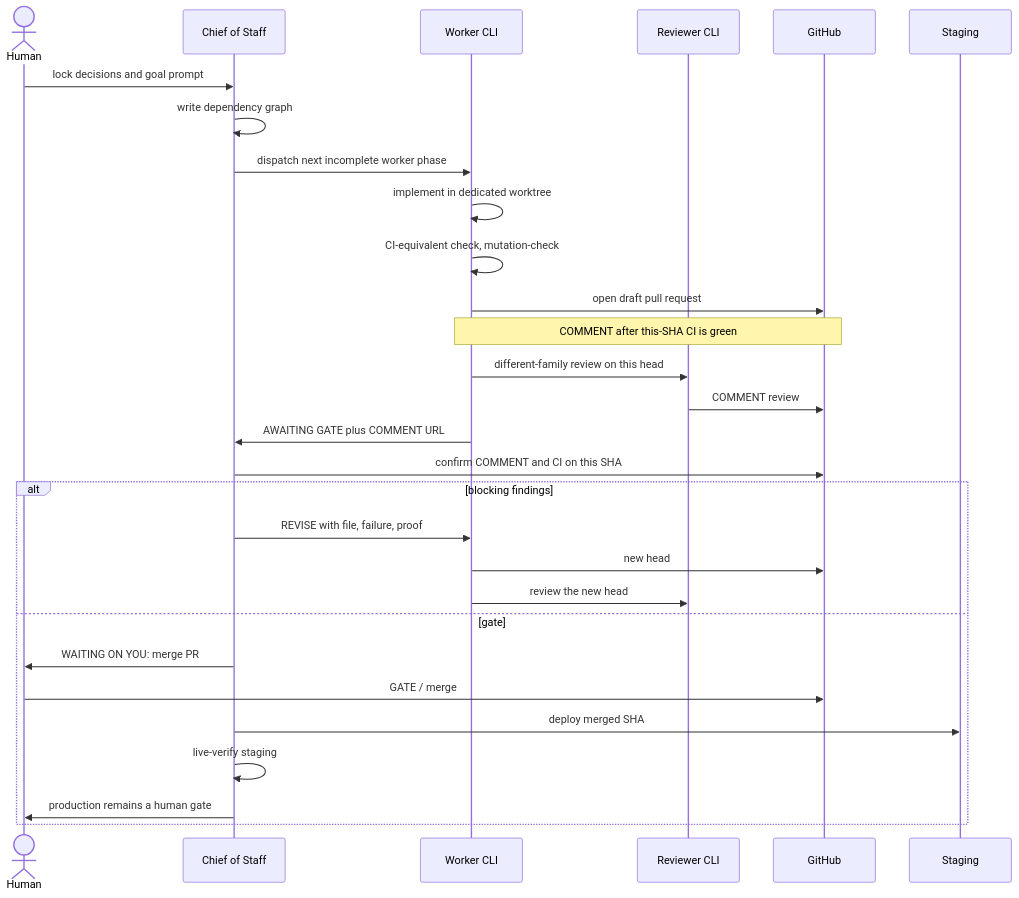
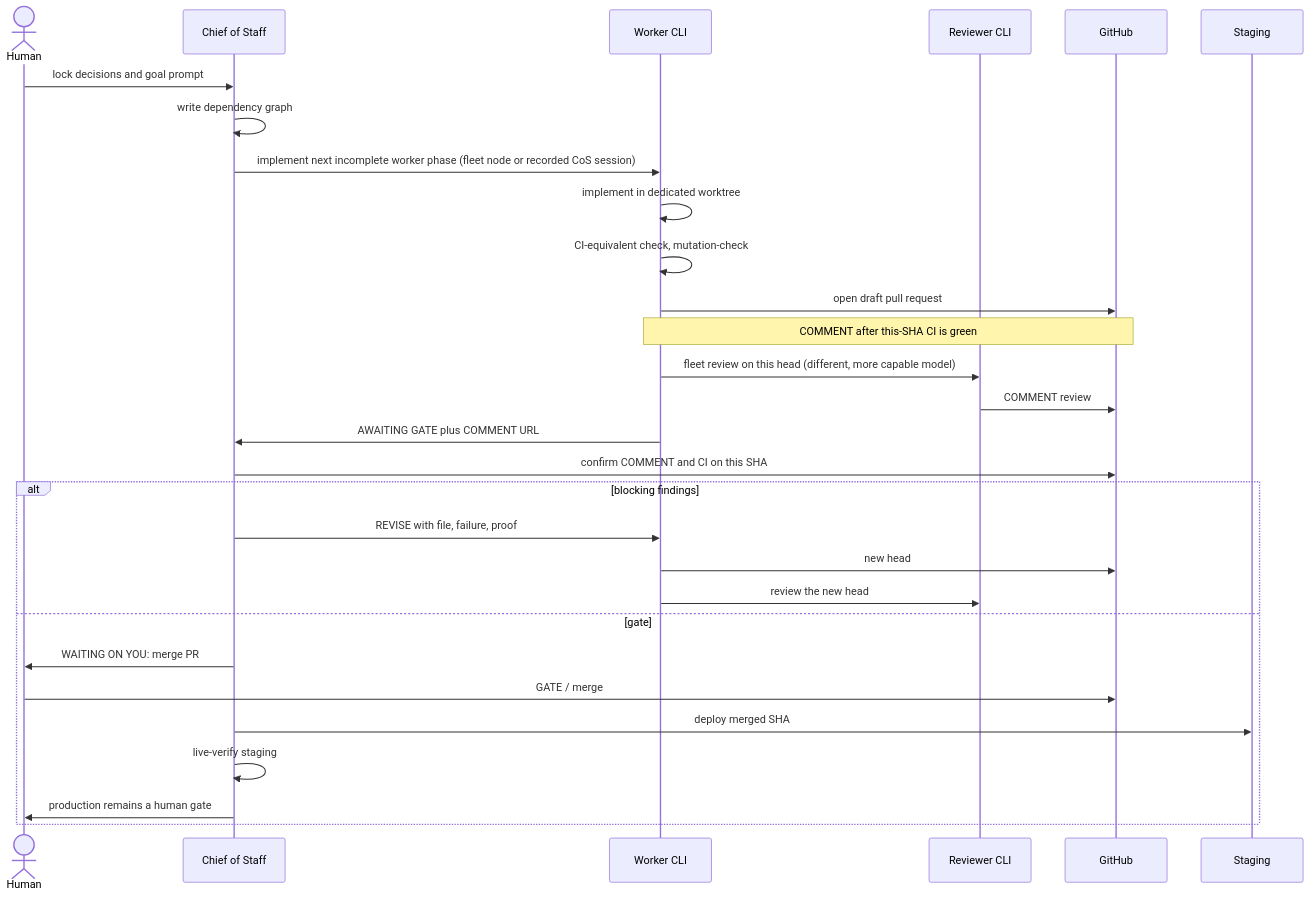
Before and after one commit to cortex-mesh/controller-playbook: the second of 2 diagrams in docs/architecture.md, drawn with Mermaid. The commit also changed other lines of this file and 23 other files, not shown here.

````diff
--- a/docs/architecture.md
+++ b/docs/architecture.md
@@ -61,32 +61,32 @@
 ```mermaid
 sequenceDiagram
   actor Human
   participant CoS as Chief of Staff
   participant Worker as Worker CLI
   participant Rev as Reviewer CLI
   participant GH as GitHub
   participant Stage as Staging
 
   Human->>CoS: lock decisions and goal prompt
   CoS->>CoS: write dependency graph
-  CoS->>Worker: dispatch next incomplete worker phase
+  CoS->>Worker: implement next incomplete worker phase (fleet node or recorded CoS session)
   Worker->>Worker: implement in dedicated worktree
   Worker->>Worker: CI-equivalent check, mutation-check
   Worker->>GH: open draft pull request
   Note over Worker,GH: COMMENT after this-SHA CI is green
-  Worker->>Rev: different-family review on this head
+  Worker->>Rev: fleet review on this head (different, more capable model)
   Rev->>GH: COMMENT review
   Worker->>CoS: AWAITING GATE plus COMMENT URL
   CoS->>GH: confirm COMMENT and CI on this SHA
   alt blocking findings
     CoS->>Worker: REVISE with file, failure, proof
     Worker->>GH: new head
     Worker->>Rev: review the new head
   else gate
     CoS->>Human: WAITING ON YOU: merge PR
     Human->>GH: GATE / merge
     CoS->>Stage: deploy merged SHA
     CoS->>CoS: live-verify staging
     CoS->>Human: production remains a human gate
   end
 ```
````
